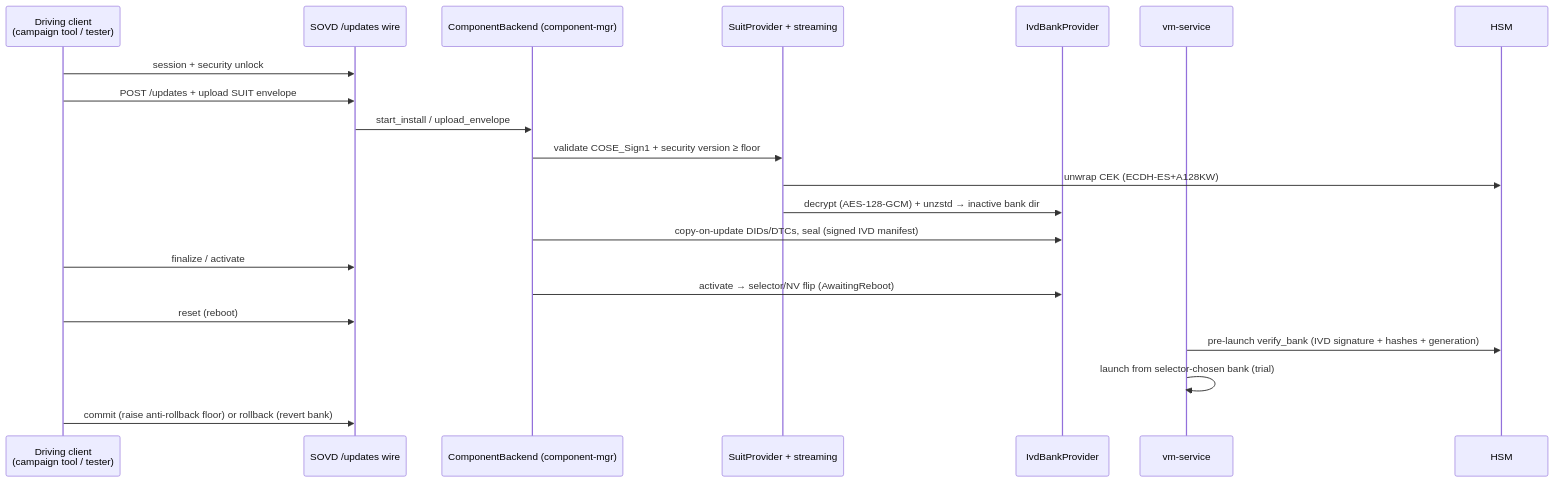
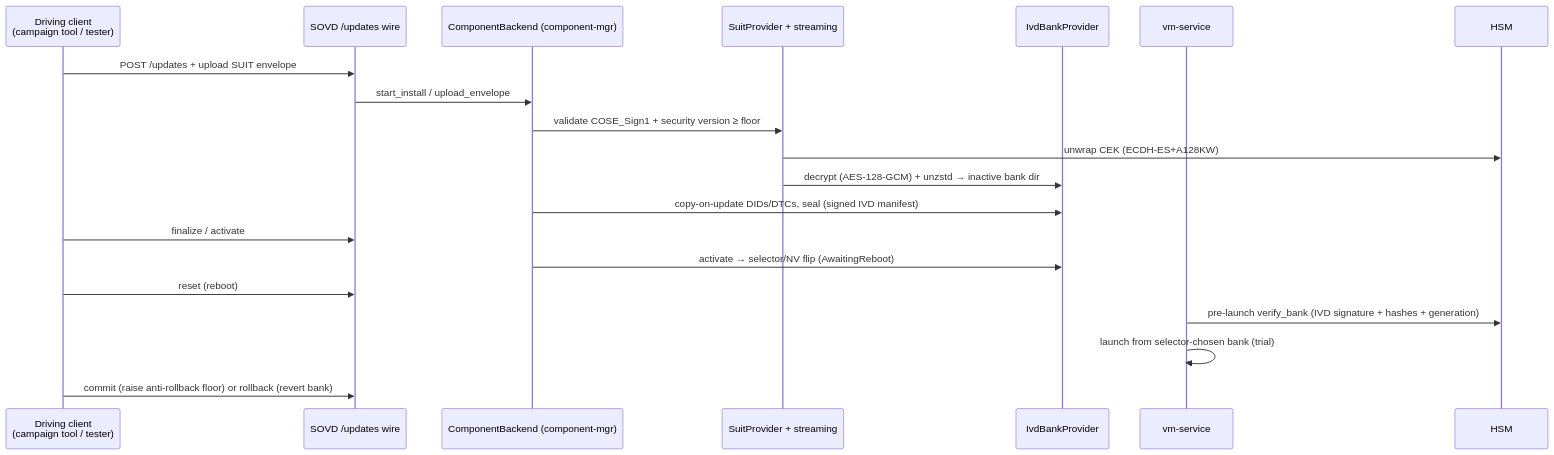
Before and after one commit to sdv-playground/sumo-machine-manager: the fifth of 5 diagrams in ARCHITECTURE.md, drawn with Mermaid. The commit also changed other lines of this file and 17 other files, not shown here.

````diff
--- a/ARCHITECTURE.md
+++ b/ARCHITECTURE.md
@@ -294,24 +296,23 @@
 ```mermaid
 sequenceDiagram
     participant O as Driving client<br/>(campaign tool / tester)
     participant W as SOVD /updates wire
     participant CB as ComponentBackend (component-mgr)
     participant SP as SuitProvider + streaming
     participant BP as IvdBankProvider
     participant VS as vm-service
     participant H as HSM
 
-    O->>W: session + security unlock
     O->>W: POST /updates + upload SUIT envelope
     W->>CB: start_install / upload_envelope
     CB->>SP: validate COSE_Sign1 + security version ≥ floor
     SP->>H: unwrap CEK (ECDH-ES+A128KW)
     SP->>BP: decrypt (AES-128-GCM) + unzstd → inactive bank dir
     CB->>BP: copy-on-update DIDs/DTCs, seal (signed IVD manifest)
     O->>W: finalize / activate
     CB->>BP: activate → selector/NV flip (AwaitingReboot)
     O->>W: reset (reboot)
     VS->>H: pre-launch verify_bank (IVD signature + hashes + generation)
     VS->>VS: launch from selector-chosen bank (trial)
     O->>W: commit (raise anti-rollback floor) or rollback (revert bank)
 ```
````
